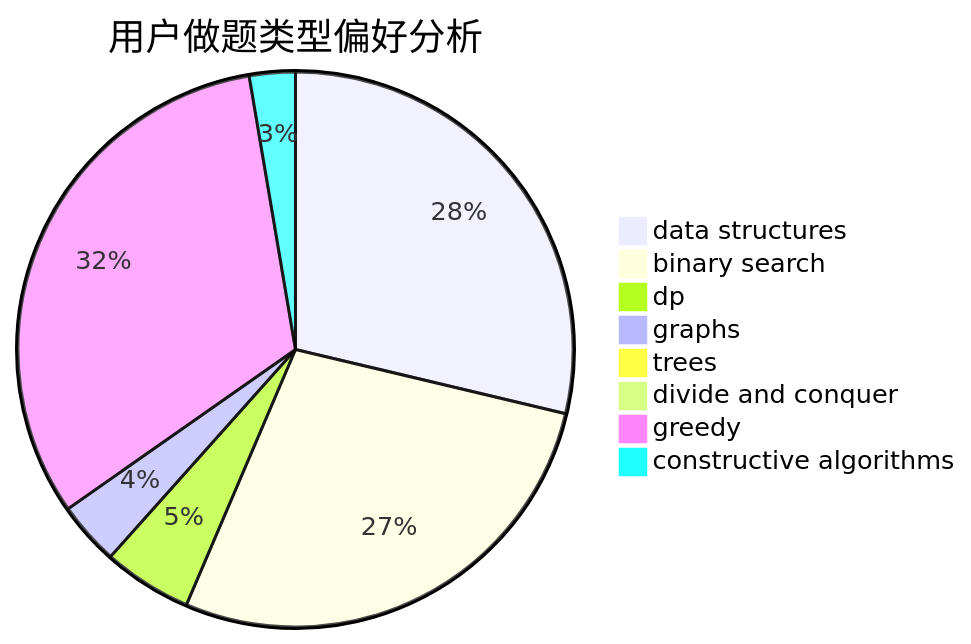
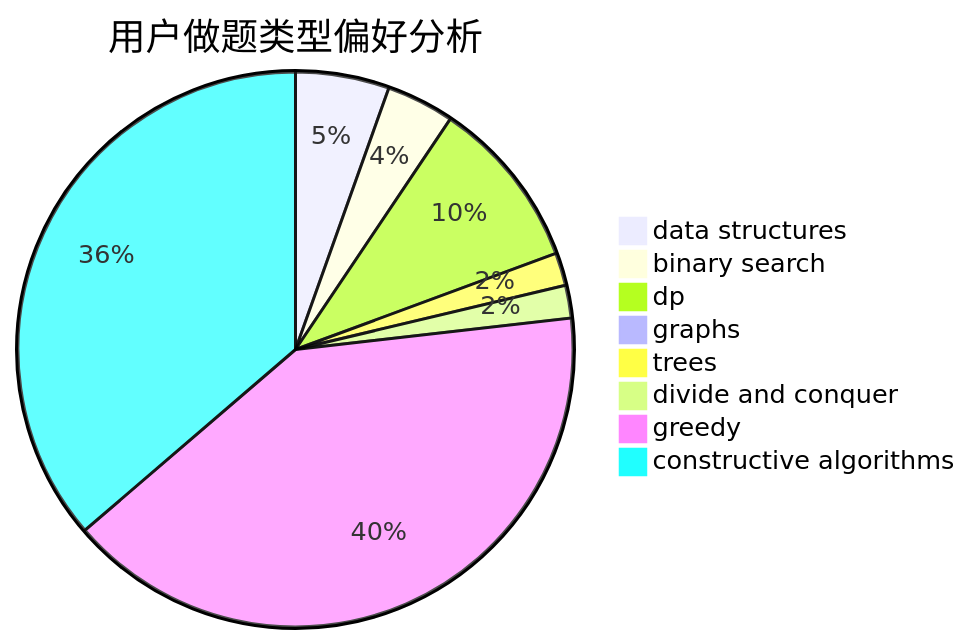
The second of 3 diagrams in docs/user/u2683.md (sherpahu/cfrs.github.io), drawn with Mermaid before and after one commit. The commit also changed other lines of this file and 2770 other files, not shown here.

````diff
--- a/docs/user/u2683.md
+++ b/docs/user/u2683.md
@@ -23,11 +23,11 @@
 ```mermaid
 pie title 用户做题类型偏好分析
-    "data structures" :  172
-    "binary search" :  166
-    "dp" :  31
-    "graphs" :  22
-    "trees" :  3
-    "divide and conquer" :  5
-    "greedy" :  192
-    "constructive algorithms" :  16
+    "data structures" :  40
+    "binary search" :  29
+    "dp" :  73
+    "graphs" :  7
+    "trees" :  14
+    "divide and conquer" :  14
+    "greedy" :  297
+    "constructive algorithms" :  266
 ```
````
